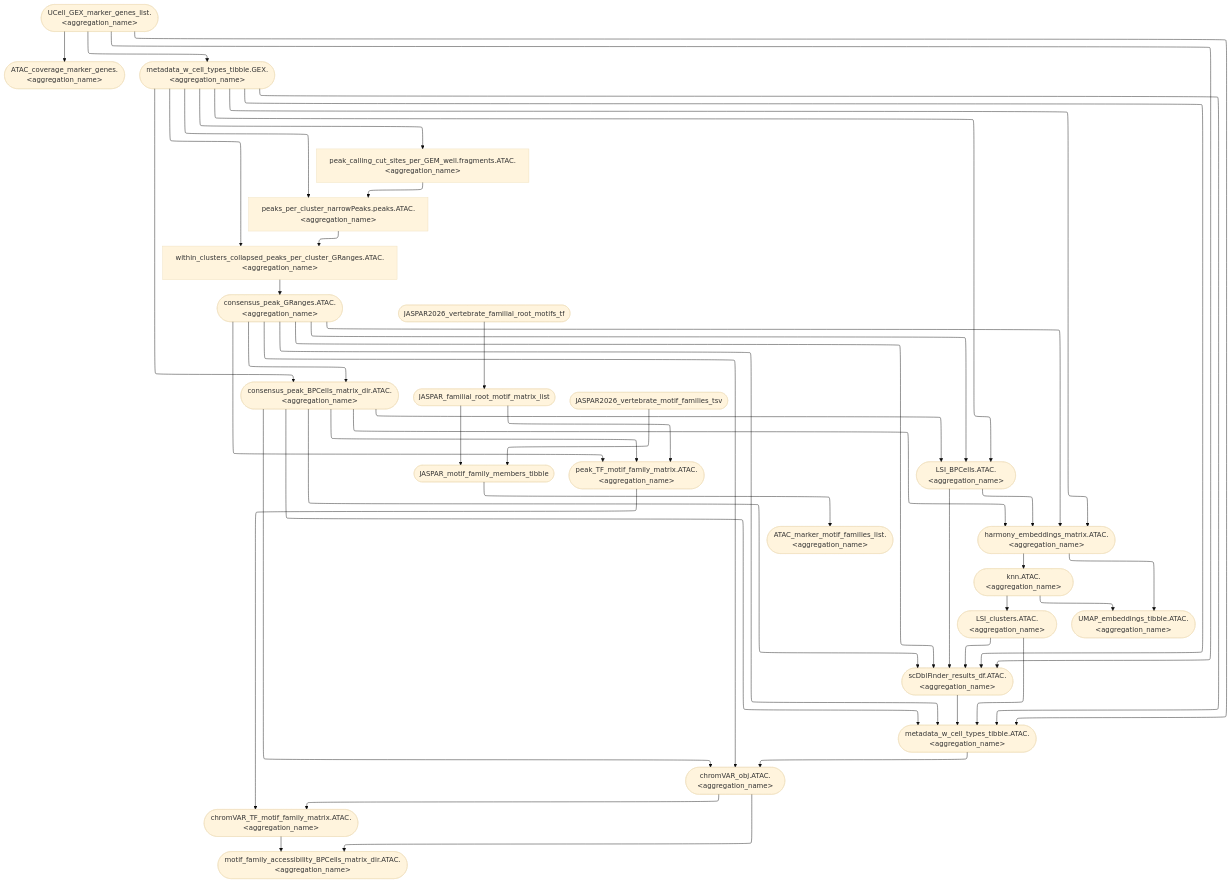
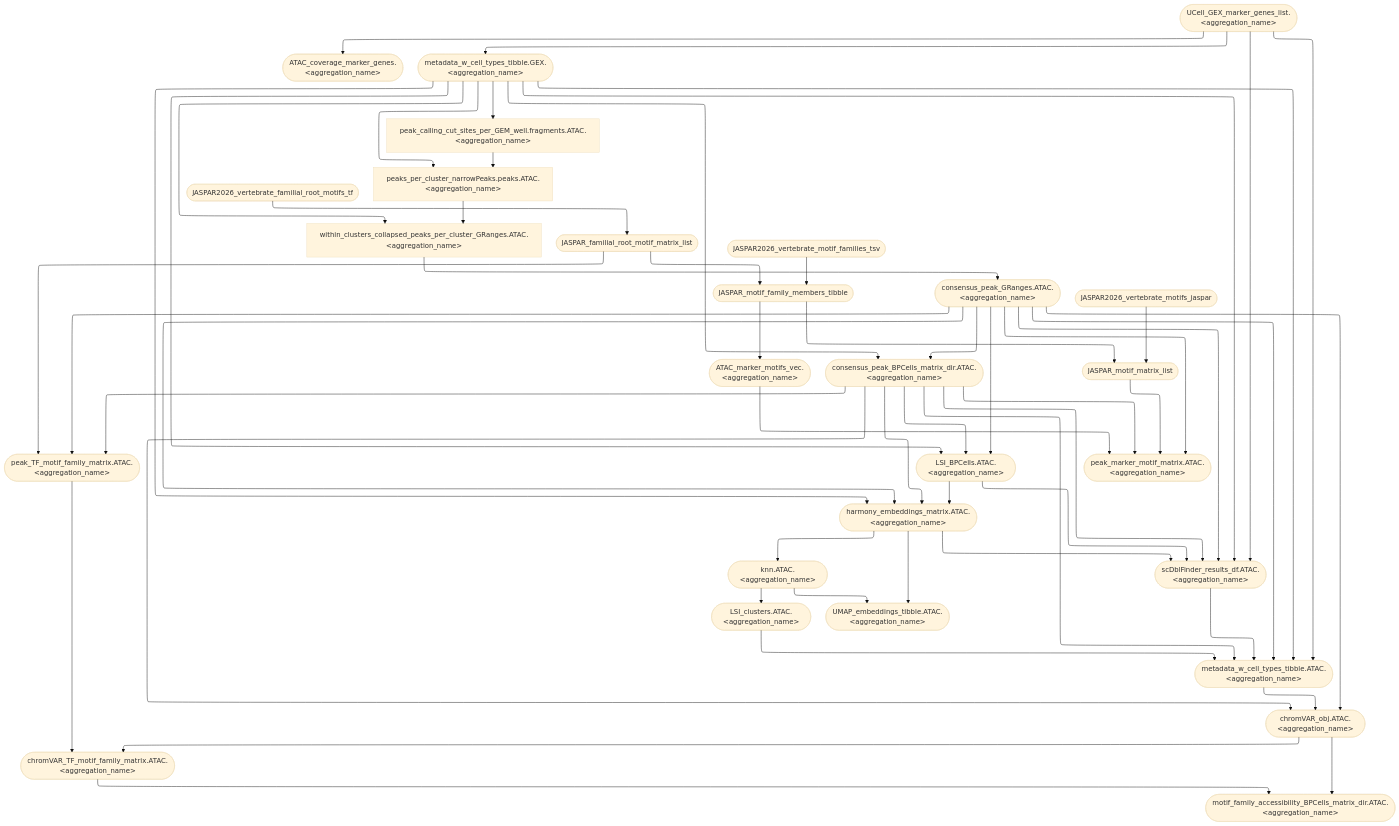
One commit to koefoeden/multiomeR changed the diagram in website/figures/human_curated/ATAC_v2.mmd. Above: the diagram before and after it, drawn with Mermaid (base theme). The commit also changed 4 other files, not shown here.

First line of the commit message:
Regenerate the graph views for the release's target changes

```diff
--- a/website/figures/human_curated/ATAC_v2.mmd
+++ b/website/figures/human_curated/ATAC_v2.mmd
@@ -1,22 +1,27 @@
 %%{init: {'flowchart': {'defaultRenderer': 'elk'}}}%%
 flowchart TB
   UCell_GEX_marker_genes_list.ENCODE_heart_LV_6x(["UCell_GEX_marker_genes_list.&lt;aggregation_name&gt;"]):::none --> ATAC_coverage_marker_genes.ENCODE_heart_LV_6x(["ATAC_coverage_marker_genes.&lt;aggregation_name&gt;"]):::none
-  JASPAR_motif_family_members_tibble(["JASPAR_motif_family_members_tibble"]):::none --> ATAC_marker_motif_families_list.ENCODE_heart_LV_6x(["ATAC_marker_motif_families_list.&lt;aggregation_name&gt;"]):::none
+  JASPAR_motif_family_members_tibble(["JASPAR_motif_family_members_tibble"]):::none --> ATAC_marker_motifs_vec.ENCODE_heart_LV_6x(["ATAC_marker_motifs_vec.&lt;aggregation_name&gt;"]):::none
+  consensus_peak_GRanges.ATAC.ENCODE_heart_LV_6x(["consensus_peak_GRanges.ATAC.&lt;aggregation_name&gt;"]):::none --> chromVAR_obj.ATAC.ENCODE_heart_LV_6x(["chromVAR_obj.ATAC.&lt;aggregation_name&gt;"]):::none
   metadata_w_cell_types_tibble.ATAC.ENCODE_heart_LV_6x(["metadata_w_cell_types_tibble.ATAC.&lt;aggregation_name&gt;"]):::none --> chromVAR_obj.ATAC.ENCODE_heart_LV_6x(["chromVAR_obj.ATAC.&lt;aggregation_name&gt;"]):::none
-  consensus_peak_GRanges.ATAC.ENCODE_heart_LV_6x(["consensus_peak_GRanges.ATAC.&lt;aggregation_name&gt;"]):::none --> chromVAR_obj.ATAC.ENCODE_heart_LV_6x(["chromVAR_obj.ATAC.&lt;aggregation_name&gt;"]):::none
+  peak_TF_motif_family_matrix.ATAC.ENCODE_heart_LV_6x(["peak_TF_motif_family_matrix.ATAC.&lt;aggregation_name&gt;"]):::none --> chromVAR_TF_motif_family_matrix.ATAC.ENCODE_heart_LV_6x(["chromVAR_TF_motif_family_matrix.ATAC.&lt;aggregation_name&gt;"]):::none
   chromVAR_obj.ATAC.ENCODE_heart_LV_6x(["chromVAR_obj.ATAC.&lt;aggregation_name&gt;"]):::none --> chromVAR_TF_motif_family_matrix.ATAC.ENCODE_heart_LV_6x(["chromVAR_TF_motif_family_matrix.ATAC.&lt;aggregation_name&gt;"]):::none
-  peak_TF_motif_family_matrix.ATAC.ENCODE_heart_LV_6x(["peak_TF_motif_family_matrix.ATAC.&lt;aggregation_name&gt;"]):::none --> chromVAR_TF_motif_family_matrix.ATAC.ENCODE_heart_LV_6x(["chromVAR_TF_motif_family_matrix.ATAC.&lt;aggregation_name&gt;"]):::none
   metadata_w_cell_types_tibble.GEX.ENCODE_heart_LV_6x(["metadata_w_cell_types_tibble.GEX.&lt;aggregation_name&gt;"]):::none --> consensus_peak_BPCells_matrix_dir.ATAC.ENCODE_heart_LV_6x(["consensus_peak_BPCells_matrix_dir.ATAC.&lt;aggregation_name&gt;"]):::none
   within_clusters_collapsed_peaks_per_cluster_GRanges.ATAC.ENCODE_heart_LV_6x["within_clusters_collapsed_peaks_per_cluster_GRanges.ATAC.&lt;aggregation_name&gt;"]:::none --> consensus_peak_GRanges.ATAC.ENCODE_heart_LV_6x(["consensus_peak_GRanges.ATAC.&lt;aggregation_name&gt;"]):::none
   LSI_BPCells.ATAC.ENCODE_heart_LV_6x(["LSI_BPCells.ATAC.&lt;aggregation_name&gt;"]):::none --> harmony_embeddings_matrix.ATAC.ENCODE_heart_LV_6x(["harmony_embeddings_matrix.ATAC.&lt;aggregation_name&gt;"]):::none
   JASPAR2026_vertebrate_familial_root_motifs_tf(["JASPAR2026_vertebrate_familial_root_motifs_tf"]):::none --> JASPAR_familial_root_motif_matrix_list(["JASPAR_familial_root_motif_matrix_list"]):::none
   JASPAR_familial_root_motif_matrix_list(["JASPAR_familial_root_motif_matrix_list"]):::none --> JASPAR_motif_family_members_tibble(["JASPAR_motif_family_members_tibble"]):::none
   JASPAR2026_vertebrate_motif_families_tsv(["JASPAR2026_vertebrate_motif_families_tsv"]):::none --> JASPAR_motif_family_members_tibble(["JASPAR_motif_family_members_tibble"]):::none
+  JASPAR2026_vertebrate_motifs_jaspar(["JASPAR2026_vertebrate_motifs_jaspar"]):::none --> JASPAR_motif_matrix_list(["JASPAR_motif_matrix_list"]):::none
+  JASPAR_motif_family_members_tibble(["JASPAR_motif_family_members_tibble"]):::none --> JASPAR_motif_matrix_list(["JASPAR_motif_matrix_list"]):::none
   harmony_embeddings_matrix.ATAC.ENCODE_heart_LV_6x(["harmony_embeddings_matrix.ATAC.&lt;aggregation_name&gt;"]):::none --> knn.ATAC.ENCODE_heart_LV_6x(["knn.ATAC.&lt;aggregation_name&gt;"]):::none
   knn.ATAC.ENCODE_heart_LV_6x(["knn.ATAC.&lt;aggregation_name&gt;"]):::none --> LSI_clusters.ATAC.ENCODE_heart_LV_6x(["LSI_clusters.ATAC.&lt;aggregation_name&gt;"]):::none
   scDblFinder_results_df.ATAC.ENCODE_heart_LV_6x(["scDblFinder_results_df.ATAC.&lt;aggregation_name&gt;"]):::none --> metadata_w_cell_types_tibble.ATAC.ENCODE_heart_LV_6x(["metadata_w_cell_types_tibble.ATAC.&lt;aggregation_name&gt;"]):::none
+  consensus_peak_GRanges.ATAC.ENCODE_heart_LV_6x(["consensus_peak_GRanges.ATAC.&lt;aggregation_name&gt;"]):::none --> peak_marker_motif_matrix.ATAC.ENCODE_heart_LV_6x(["peak_marker_motif_matrix.ATAC.&lt;aggregation_name&gt;"]):::none
+  ATAC_marker_motifs_vec.ENCODE_heart_LV_6x(["ATAC_marker_motifs_vec.&lt;aggregation_name&gt;"]):::none --> peak_marker_motif_matrix.ATAC.ENCODE_heart_LV_6x(["peak_marker_motif_matrix.ATAC.&lt;aggregation_name&gt;"]):::none
+  JASPAR_motif_matrix_list(["JASPAR_motif_matrix_list"]):::none --> peak_marker_motif_matrix.ATAC.ENCODE_heart_LV_6x(["peak_marker_motif_matrix.ATAC.&lt;aggregation_name&gt;"]):::none
+  consensus_peak_GRanges.ATAC.ENCODE_heart_LV_6x(["consensus_peak_GRanges.ATAC.&lt;aggregation_name&gt;"]):::none --> peak_TF_motif_family_matrix.ATAC.ENCODE_heart_LV_6x(["peak_TF_motif_family_matrix.ATAC.&lt;aggregation_name&gt;"]):::none
   JASPAR_familial_root_motif_matrix_list(["JASPAR_familial_root_motif_matrix_list"]):::none --> peak_TF_motif_family_matrix.ATAC.ENCODE_heart_LV_6x(["peak_TF_motif_family_matrix.ATAC.&lt;aggregation_name&gt;"]):::none
-  consensus_peak_GRanges.ATAC.ENCODE_heart_LV_6x(["consensus_peak_GRanges.ATAC.&lt;aggregation_name&gt;"]):::none --> peak_TF_motif_family_matrix.ATAC.ENCODE_heart_LV_6x(["peak_TF_motif_family_matrix.ATAC.&lt;aggregation_name&gt;"]):::none
   peak_calling_cut_sites_per_GEM_well.fragments.ATAC.ENCODE_heart_LV_6x["peak_calling_cut_sites_per_GEM_well.fragments.ATAC.&lt;aggregation_name&gt;"]:::none --> peaks_per_cluster_narrowPeaks.peaks.ATAC.ENCODE_heart_LV_6x["peaks_per_cluster_narrowPeaks.peaks.ATAC.&lt;aggregation_name&gt;"]:::none
   knn.ATAC.ENCODE_heart_LV_6x(["knn.ATAC.&lt;aggregation_name&gt;"]):::none --> UMAP_embeddings_tibble.ATAC.ENCODE_heart_LV_6x(["UMAP_embeddings_tibble.ATAC.&lt;aggregation_name&gt;"]):::none
   harmony_embeddings_matrix.ATAC.ENCODE_heart_LV_6x(["harmony_embeddings_matrix.ATAC.&lt;aggregation_name&gt;"]):::none --> UMAP_embeddings_tibble.ATAC.ENCODE_heart_LV_6x(["UMAP_embeddings_tibble.ATAC.&lt;aggregation_name&gt;"]):::none
@@ -24,25 +29,26 @@
   metadata_w_cell_types_tibble.GEX.ENCODE_heart_LV_6x(["metadata_w_cell_types_tibble.GEX.&lt;aggregation_name&gt;"]):::none --> peak_calling_cut_sites_per_GEM_well.fragments.ATAC.ENCODE_heart_LV_6x["peak_calling_cut_sites_per_GEM_well.fragments.ATAC.&lt;aggregation_name&gt;"]:::none
   metadata_w_cell_types_tibble.GEX.ENCODE_heart_LV_6x(["metadata_w_cell_types_tibble.GEX.&lt;aggregation_name&gt;"]):::none --> peaks_per_cluster_narrowPeaks.peaks.ATAC.ENCODE_heart_LV_6x["peaks_per_cluster_narrowPeaks.peaks.ATAC.&lt;aggregation_name&gt;"]:::none
   metadata_w_cell_types_tibble.GEX.ENCODE_heart_LV_6x(["metadata_w_cell_types_tibble.GEX.&lt;aggregation_name&gt;"]):::none --> within_clusters_collapsed_peaks_per_cluster_GRanges.ATAC.ENCODE_heart_LV_6x["within_clusters_collapsed_peaks_per_cluster_GRanges.ATAC.&lt;aggregation_name&gt;"]:::none
-  metadata_w_cell_types_tibble.GEX.ENCODE_heart_LV_6x(["metadata_w_cell_types_tibble.GEX.&lt;aggregation_name&gt;"]):::none --> harmony_embeddings_matrix.ATAC.ENCODE_heart_LV_6x(["harmony_embeddings_matrix.ATAC.&lt;aggregation_name&gt;"]):::none
-  metadata_w_cell_types_tibble.GEX.ENCODE_heart_LV_6x(["metadata_w_cell_types_tibble.GEX.&lt;aggregation_name&gt;"]):::none --> LSI_BPCells.ATAC.ENCODE_heart_LV_6x(["LSI_BPCells.ATAC.&lt;aggregation_name&gt;"]):::none
+  chromVAR_obj.ATAC.ENCODE_heart_LV_6x(["chromVAR_obj.ATAC.&lt;aggregation_name&gt;"]):::none --> motif_family_accessibility_BPCells_matrix_dir.ATAC.ENCODE_heart_LV_6x(["motif_family_accessibility_BPCells_matrix_dir.ATAC.&lt;aggregation_name&gt;"]):::none
+  UCell_GEX_marker_genes_list.ENCODE_heart_LV_6x(["UCell_GEX_marker_genes_list.&lt;aggregation_name&gt;"]):::none --> scDblFinder_results_df.ATAC.ENCODE_heart_LV_6x(["scDblFinder_results_df.ATAC.&lt;aggregation_name&gt;"]):::none
+  harmony_embeddings_matrix.ATAC.ENCODE_heart_LV_6x(["harmony_embeddings_matrix.ATAC.&lt;aggregation_name&gt;"]):::none --> scDblFinder_results_df.ATAC.ENCODE_heart_LV_6x(["scDblFinder_results_df.ATAC.&lt;aggregation_name&gt;"]):::none
+  consensus_peak_GRanges.ATAC.ENCODE_heart_LV_6x(["consensus_peak_GRanges.ATAC.&lt;aggregation_name&gt;"]):::none --> scDblFinder_results_df.ATAC.ENCODE_heart_LV_6x(["scDblFinder_results_df.ATAC.&lt;aggregation_name&gt;"]):::none
+  metadata_w_cell_types_tibble.GEX.ENCODE_heart_LV_6x(["metadata_w_cell_types_tibble.GEX.&lt;aggregation_name&gt;"]):::none --> scDblFinder_results_df.ATAC.ENCODE_heart_LV_6x(["scDblFinder_results_df.ATAC.&lt;aggregation_name&gt;"]):::none
+  consensus_peak_BPCells_matrix_dir.ATAC.ENCODE_heart_LV_6x(["consensus_peak_BPCells_matrix_dir.ATAC.&lt;aggregation_name&gt;"]):::none --> scDblFinder_results_df.ATAC.ENCODE_heart_LV_6x(["scDblFinder_results_df.ATAC.&lt;aggregation_name&gt;"]):::none
+  UCell_GEX_marker_genes_list.ENCODE_heart_LV_6x(["UCell_GEX_marker_genes_list.&lt;aggregation_name&gt;"]):::none --> metadata_w_cell_types_tibble.GEX.ENCODE_heart_LV_6x(["metadata_w_cell_types_tibble.GEX.&lt;aggregation_name&gt;"]):::none
+  LSI_clusters.ATAC.ENCODE_heart_LV_6x(["LSI_clusters.ATAC.&lt;aggregation_name&gt;"]):::none --> metadata_w_cell_types_tibble.ATAC.ENCODE_heart_LV_6x(["metadata_w_cell_types_tibble.ATAC.&lt;aggregation_name&gt;"]):::none
+  UCell_GEX_marker_genes_list.ENCODE_heart_LV_6x(["UCell_GEX_marker_genes_list.&lt;aggregation_name&gt;"]):::none --> metadata_w_cell_types_tibble.ATAC.ENCODE_heart_LV_6x(["metadata_w_cell_types_tibble.ATAC.&lt;aggregation_name&gt;"]):::none
+  consensus_peak_GRanges.ATAC.ENCODE_heart_LV_6x(["consensus_peak_GRanges.ATAC.&lt;aggregation_name&gt;"]):::none --> metadata_w_cell_types_tibble.ATAC.ENCODE_heart_LV_6x(["metadata_w_cell_types_tibble.ATAC.&lt;aggregation_name&gt;"]):::none
   metadata_w_cell_types_tibble.GEX.ENCODE_heart_LV_6x(["metadata_w_cell_types_tibble.GEX.&lt;aggregation_name&gt;"]):::none --> metadata_w_cell_types_tibble.ATAC.ENCODE_heart_LV_6x(["metadata_w_cell_types_tibble.ATAC.&lt;aggregation_name&gt;"]):::none
-  metadata_w_cell_types_tibble.GEX.ENCODE_heart_LV_6x(["metadata_w_cell_types_tibble.GEX.&lt;aggregation_name&gt;"]):::none --> scDblFinder_results_df.ATAC.ENCODE_heart_LV_6x(["scDblFinder_results_df.ATAC.&lt;aggregation_name&gt;"]):::none
-  chromVAR_obj.ATAC.ENCODE_heart_LV_6x(["chromVAR_obj.ATAC.&lt;aggregation_name&gt;"]):::none --> motif_family_accessibility_BPCells_matrix_dir.ATAC.ENCODE_heart_LV_6x(["motif_family_accessibility_BPCells_matrix_dir.ATAC.&lt;aggregation_name&gt;"]):::none
-  UCell_GEX_marker_genes_list.ENCODE_heart_LV_6x(["UCell_GEX_marker_genes_list.&lt;aggregation_name&gt;"]):::none --> metadata_w_cell_types_tibble.GEX.ENCODE_heart_LV_6x(["metadata_w_cell_types_tibble.GEX.&lt;aggregation_name&gt;"]):::none
-  UCell_GEX_marker_genes_list.ENCODE_heart_LV_6x(["UCell_GEX_marker_genes_list.&lt;aggregation_name&gt;"]):::none --> metadata_w_cell_types_tibble.ATAC.ENCODE_heart_LV_6x(["metadata_w_cell_types_tibble.ATAC.&lt;aggregation_name&gt;"]):::none
-  LSI_clusters.ATAC.ENCODE_heart_LV_6x(["LSI_clusters.ATAC.&lt;aggregation_name&gt;"]):::none --> metadata_w_cell_types_tibble.ATAC.ENCODE_heart_LV_6x(["metadata_w_cell_types_tibble.ATAC.&lt;aggregation_name&gt;"]):::none
-  consensus_peak_GRanges.ATAC.ENCODE_heart_LV_6x(["consensus_peak_GRanges.ATAC.&lt;aggregation_name&gt;"]):::none --> metadata_w_cell_types_tibble.ATAC.ENCODE_heart_LV_6x(["metadata_w_cell_types_tibble.ATAC.&lt;aggregation_name&gt;"]):::none
   consensus_peak_BPCells_matrix_dir.ATAC.ENCODE_heart_LV_6x(["consensus_peak_BPCells_matrix_dir.ATAC.&lt;aggregation_name&gt;"]):::none --> metadata_w_cell_types_tibble.ATAC.ENCODE_heart_LV_6x(["metadata_w_cell_types_tibble.ATAC.&lt;aggregation_name&gt;"]):::none
-  UCell_GEX_marker_genes_list.ENCODE_heart_LV_6x(["UCell_GEX_marker_genes_list.&lt;aggregation_name&gt;"]):::none --> scDblFinder_results_df.ATAC.ENCODE_heart_LV_6x(["scDblFinder_results_df.ATAC.&lt;aggregation_name&gt;"]):::none
-  LSI_clusters.ATAC.ENCODE_heart_LV_6x(["LSI_clusters.ATAC.&lt;aggregation_name&gt;"]):::none --> scDblFinder_results_df.ATAC.ENCODE_heart_LV_6x(["scDblFinder_results_df.ATAC.&lt;aggregation_name&gt;"]):::none
-  consensus_peak_GRanges.ATAC.ENCODE_heart_LV_6x(["consensus_peak_GRanges.ATAC.&lt;aggregation_name&gt;"]):::none --> scDblFinder_results_df.ATAC.ENCODE_heart_LV_6x(["scDblFinder_results_df.ATAC.&lt;aggregation_name&gt;"]):::none
-  consensus_peak_BPCells_matrix_dir.ATAC.ENCODE_heart_LV_6x(["consensus_peak_BPCells_matrix_dir.ATAC.&lt;aggregation_name&gt;"]):::none --> scDblFinder_results_df.ATAC.ENCODE_heart_LV_6x(["scDblFinder_results_df.ATAC.&lt;aggregation_name&gt;"]):::none
   consensus_peak_GRanges.ATAC.ENCODE_heart_LV_6x(["consensus_peak_GRanges.ATAC.&lt;aggregation_name&gt;"]):::none --> consensus_peak_BPCells_matrix_dir.ATAC.ENCODE_heart_LV_6x(["consensus_peak_BPCells_matrix_dir.ATAC.&lt;aggregation_name&gt;"]):::none
   consensus_peak_BPCells_matrix_dir.ATAC.ENCODE_heart_LV_6x(["consensus_peak_BPCells_matrix_dir.ATAC.&lt;aggregation_name&gt;"]):::none --> chromVAR_obj.ATAC.ENCODE_heart_LV_6x(["chromVAR_obj.ATAC.&lt;aggregation_name&gt;"]):::none
+  consensus_peak_BPCells_matrix_dir.ATAC.ENCODE_heart_LV_6x(["consensus_peak_BPCells_matrix_dir.ATAC.&lt;aggregation_name&gt;"]):::none --> peak_marker_motif_matrix.ATAC.ENCODE_heart_LV_6x(["peak_marker_motif_matrix.ATAC.&lt;aggregation_name&gt;"]):::none
   consensus_peak_BPCells_matrix_dir.ATAC.ENCODE_heart_LV_6x(["consensus_peak_BPCells_matrix_dir.ATAC.&lt;aggregation_name&gt;"]):::none --> peak_TF_motif_family_matrix.ATAC.ENCODE_heart_LV_6x(["peak_TF_motif_family_matrix.ATAC.&lt;aggregation_name&gt;"]):::none
   consensus_peak_BPCells_matrix_dir.ATAC.ENCODE_heart_LV_6x(["consensus_peak_BPCells_matrix_dir.ATAC.&lt;aggregation_name&gt;"]):::none --> LSI_BPCells.ATAC.ENCODE_heart_LV_6x(["LSI_BPCells.ATAC.&lt;aggregation_name&gt;"]):::none
   consensus_peak_BPCells_matrix_dir.ATAC.ENCODE_heart_LV_6x(["consensus_peak_BPCells_matrix_dir.ATAC.&lt;aggregation_name&gt;"]):::none --> harmony_embeddings_matrix.ATAC.ENCODE_heart_LV_6x(["harmony_embeddings_matrix.ATAC.&lt;aggregation_name&gt;"]):::none
+  metadata_w_cell_types_tibble.GEX.ENCODE_heart_LV_6x(["metadata_w_cell_types_tibble.GEX.&lt;aggregation_name&gt;"]):::none --> harmony_embeddings_matrix.ATAC.ENCODE_heart_LV_6x(["harmony_embeddings_matrix.ATAC.&lt;aggregation_name&gt;"]):::none
+  metadata_w_cell_types_tibble.GEX.ENCODE_heart_LV_6x(["metadata_w_cell_types_tibble.GEX.&lt;aggregation_name&gt;"]):::none --> LSI_BPCells.ATAC.ENCODE_heart_LV_6x(["LSI_BPCells.ATAC.&lt;aggregation_name&gt;"]):::none
   consensus_peak_GRanges.ATAC.ENCODE_heart_LV_6x(["consensus_peak_GRanges.ATAC.&lt;aggregation_name&gt;"]):::none --> harmony_embeddings_matrix.ATAC.ENCODE_heart_LV_6x(["harmony_embeddings_matrix.ATAC.&lt;aggregation_name&gt;"]):::none
   consensus_peak_GRanges.ATAC.ENCODE_heart_LV_6x(["consensus_peak_GRanges.ATAC.&lt;aggregation_name&gt;"]):::none --> LSI_BPCells.ATAC.ENCODE_heart_LV_6x(["LSI_BPCells.ATAC.&lt;aggregation_name&gt;"]):::none
   chromVAR_TF_motif_family_matrix.ATAC.ENCODE_heart_LV_6x(["chromVAR_TF_motif_family_matrix.ATAC.&lt;aggregation_name&gt;"]):::none --> motif_family_accessibility_BPCells_matrix_dir.ATAC.ENCODE_heart_LV_6x(["motif_family_accessibility_BPCells_matrix_dir.ATAC.&lt;aggregation_name&gt;"]):::none
```
